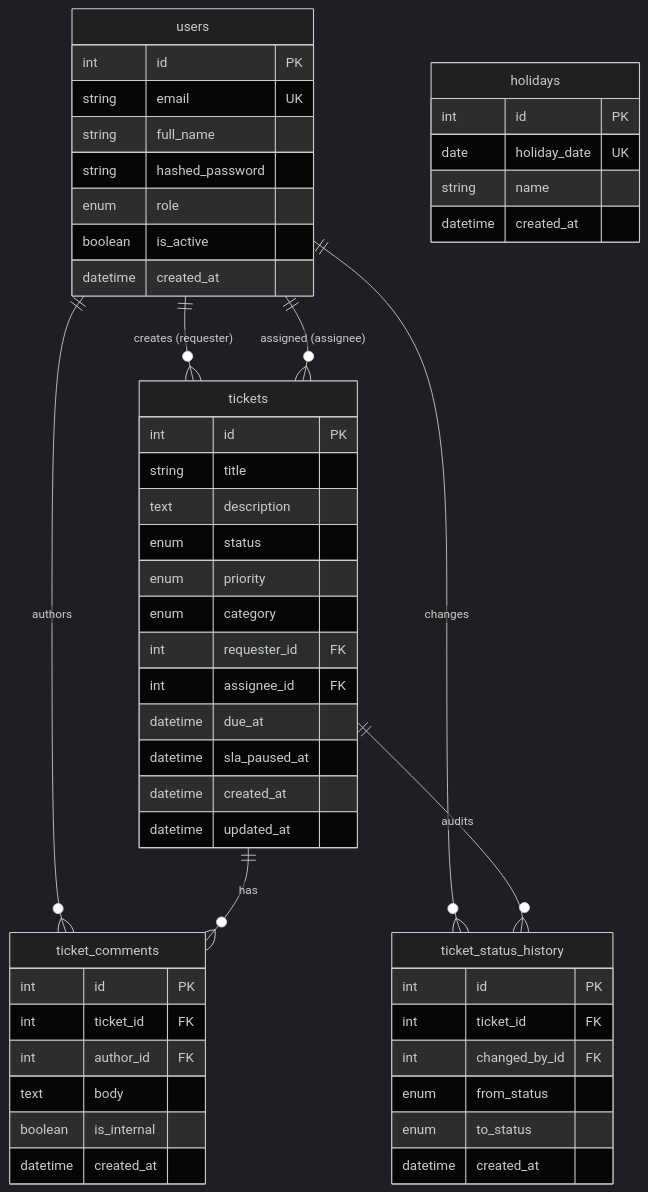
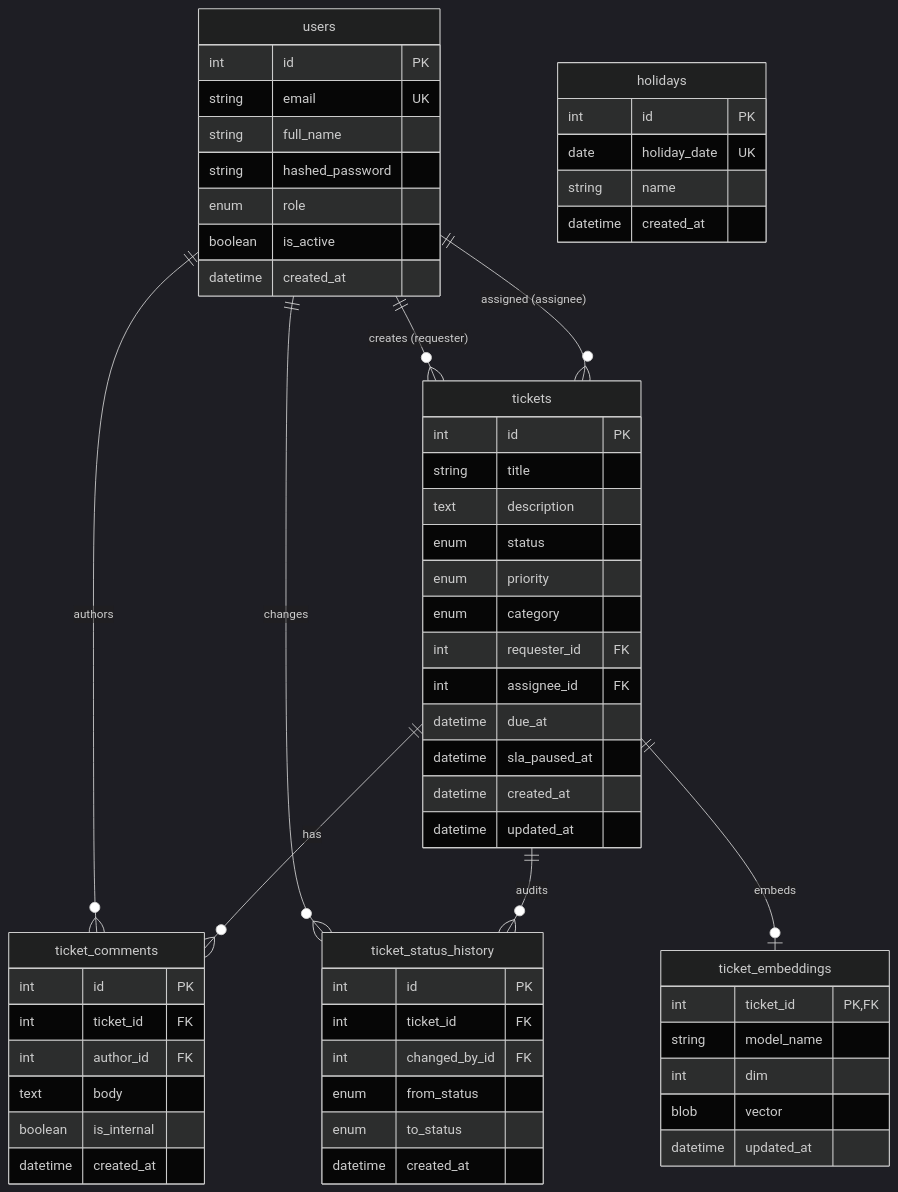
One commit to pasupunuri-pragnitha/HelpDesk-API changed the third of 3 diagrams in README.md. Above: the diagram before and after it, drawn with Mermaid (dark theme). The commit also changed other lines of this file and 25 other files, not shown here.

````diff
--- a/README.md
+++ b/README.md
@@ -85,59 +88,68 @@
 ```mermaid
 erDiagram
     users {
         int id PK
         string email UK
         string full_name
         string hashed_password
         enum role
         boolean is_active
         datetime created_at
     }
 
     tickets {
         int id PK
         string title
         text description
         enum status
         enum priority
         enum category
         int requester_id FK
         int assignee_id FK
         datetime due_at
         datetime sla_paused_at
         datetime created_at
         datetime updated_at
     }
 
     holidays {
         int id PK
         date holiday_date UK
         string name
         datetime created_at
     }
 
     ticket_comments {
         int id PK
         int ticket_id FK
         int author_id FK
         text body
         boolean is_internal
         datetime created_at
     }
 
     ticket_status_history {
         int id PK
         int ticket_id FK
         int changed_by_id FK
         enum from_status
         enum to_status
         datetime created_at
     }
 
+    ticket_embeddings {
+        int ticket_id PK,FK
+        string model_name
+        int dim
+        blob vector
+        datetime updated_at
+    }
+
     users ||--o{ tickets : "creates (requester)"
     users ||--o{ tickets : "assigned (assignee)"
     users ||--o{ ticket_comments : "authors"
     users ||--o{ ticket_status_history : "changes"
     tickets ||--o{ ticket_comments : "has"
     tickets ||--o{ ticket_status_history : "audits"
+    tickets ||--o| ticket_embeddings : "embeds"
 ```
````
